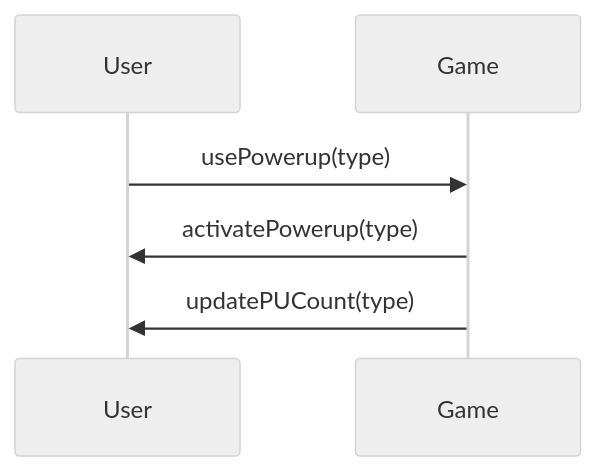
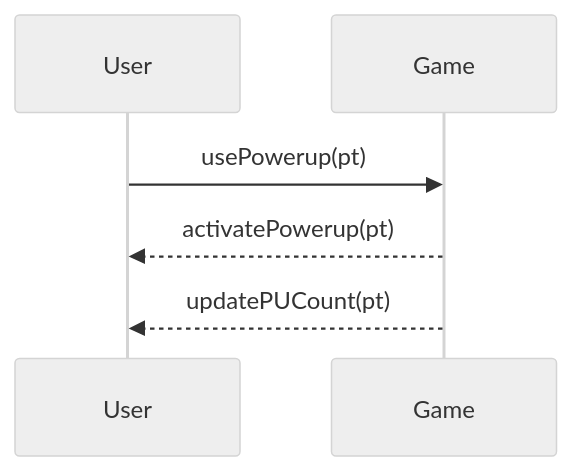
The diagram in system-sequence-diagrams/use-powerup.md (Shamdan17/Bricking_Bad), drawn with Mermaid (neutral theme) before and after one commit. The commit also changed other lines of this file, not shown here.

Commit message:
Rewrote to be consistent with

````diff
--- a/system-sequence-diagrams/use-powerup.md
+++ b/system-sequence-diagrams/use-powerup.md
@@ -3,8 +3,8 @@
 ```mermaid
 sequenceDiagram
 participant User
 participant Game
-User->> Game: usePowerup(type)
-Game->>User : activatePowerup(type)
-Game->>User: updatePUCount(type)
+User->> Game: usePowerup(pt)
+Game-->>User : activatePowerup(pt)
+Game-->>User: updatePUCount(pt)
 ```
````
